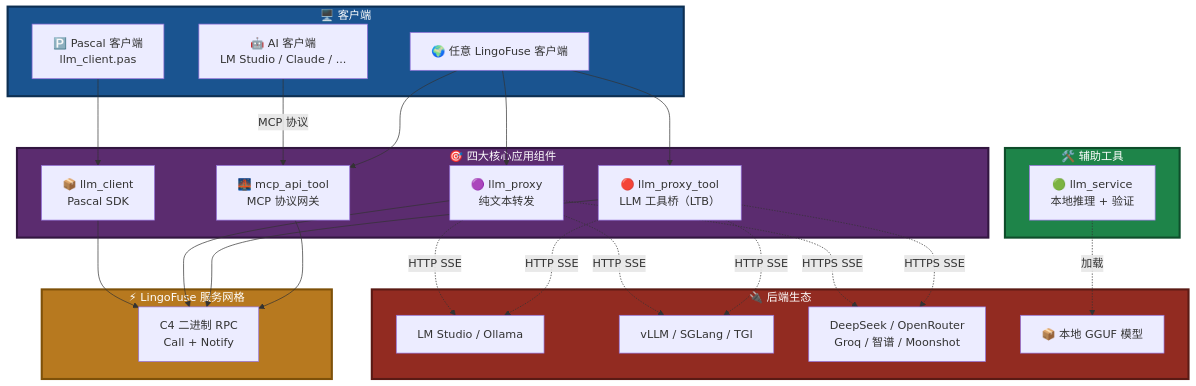
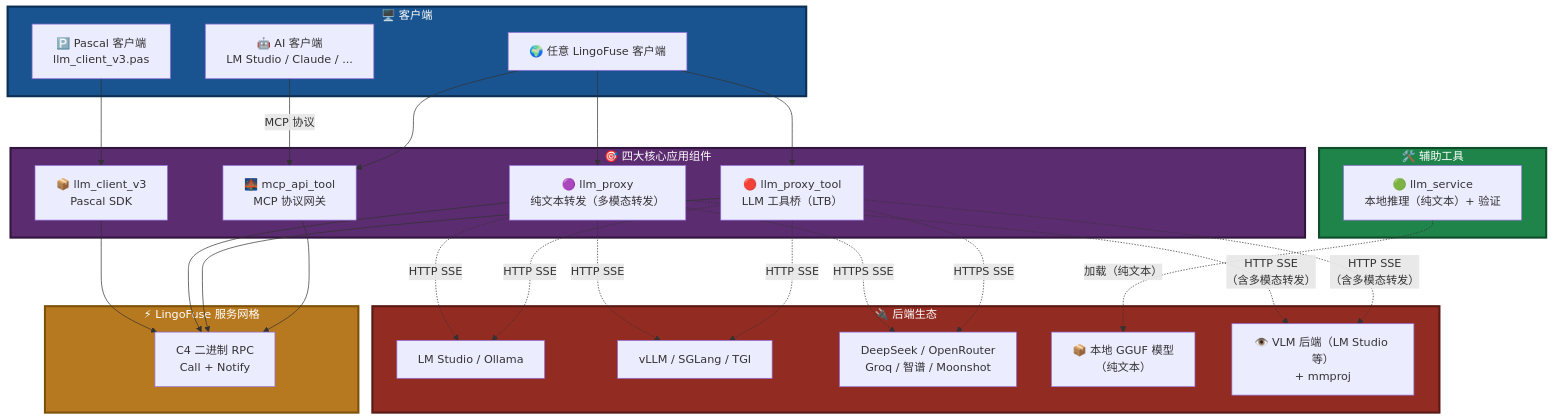
Before and after one commit to PassByYou888/LingoFuse-pasAgent-v3: the first of 19 diagrams in src/LingoFuse_LLM_Ecosystem_User_Guide.md, drawn with Mermaid. The commit also changed other lines of this file, not shown here.

````diff
--- a/src/LingoFuse_LLM_Ecosystem_User_Guide.md
+++ b/src/LingoFuse_LLM_Ecosystem_User_Guide.md
@@ -50,55 +53,58 @@
 ```mermaid
 flowchart TB
     subgraph CLIENTS["🖥️ 客户端"]
-        A1["🅿️ Pascal 客户端<br/>llm_client.pas"]
+        A1["🅿️ Pascal 客户端<br/>llm_client_v3.pas"]
         A2["🌍 任意 LingoFuse 客户端"]
         A3["🤖 AI 客户端<br/>LM Studio / Claude / ..."]
     end
 
     subgraph APPS["🎯 四大核心应用组件"]
         C1["🌉 mcp_api_tool<br/>MCP 协议网关"]
         C2["🔴 llm_proxy_tool<br/>LLM 工具桥（LTB）"]
-        C3["🟣 llm_proxy<br/>纯文本转发"]
-        C4["📦 llm_client<br/>Pascal SDK"]
+        C3["🟣 llm_proxy<br/>纯文本转发（多模态转发）"]
+        C4["📦 llm_client_v3<br/>Pascal SDK"]
     end
 
     subgraph AUX["🛠️ 辅助工具"]
-        S1["🟢 llm_service<br/>本地推理 + 验证"]
+        S1["🟢 llm_service<br/>本地推理（纯文本）+ 验证"]
     end
 
     subgraph CORE["⚡ LingoFuse 服务网格"]
         B1["C4 二进制 RPC<br/>Call + Notify"]
     end
 
     subgraph BACKENDS["🔌 后端生态"]
         D1["LM Studio / Ollama"]
         D2["vLLM / SGLang / TGI"]
         D3["DeepSeek / OpenRouter<br/>Groq / 智谱 / Moonshot"]
-        D4["📦 本地 GGUF 模型"]
+        D4["📦 本地 GGUF 模型<br/>（纯文本）"]
+        D5["👁️ VLM 后端（LM Studio 等）<br/>+ mmproj"]
     end
 
     A1 --> C4
     A2 --> C1
     A2 --> C2
     A2 --> C3
     A3 -->|"MCP 协议"| C1
 
     C1 --> B1
     C2 --> B1
     C3 --> B1
     C4 --> B1
 
+    C2 -.->|"HTTP SSE<br/>（含多模态转发）"| D5
     C2 -.->|"HTTP SSE"| D1
     C2 -.->|"HTTP SSE"| D2
     C2 -.->|"HTTPS SSE"| D3
+    C3 -.->|"HTTP SSE<br/>（含多模态转发）"| D5
     C3 -.->|"HTTP SSE"| D1
     C3 -.->|"HTTP SSE"| D2
     C3 -.->|"HTTPS SSE"| D3
-    S1 -.->|"加载"| D4
+    S1 -.->|"加载（纯文本）"| D4
 
     style CLIENTS fill:#1A5490,stroke:#0D2F52,stroke-width:3px,color:#FFFFFF
     style APPS fill:#5B2C6F,stroke:#321640,stroke-width:3px,color:#FFFFFF
     style AUX fill:#1E8449,stroke:#0E4D2A,stroke-width:3px,color:#FFFFFF
     style CORE fill:#B7791F,stroke:#7E5109,stroke-width:3px,color:#FFFFFF
     style BACKENDS fill:#922B21,stroke:#5A1A14,stroke-width:3px,color:#FFFFFF
 ```
````
